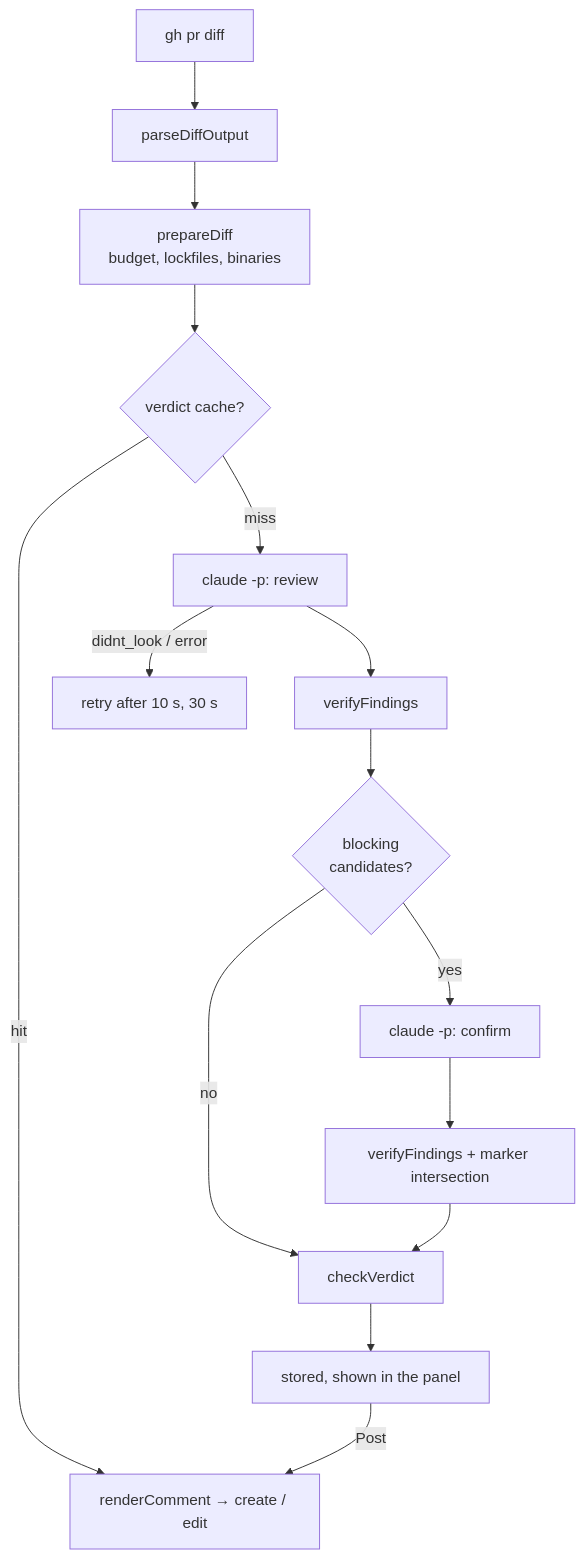
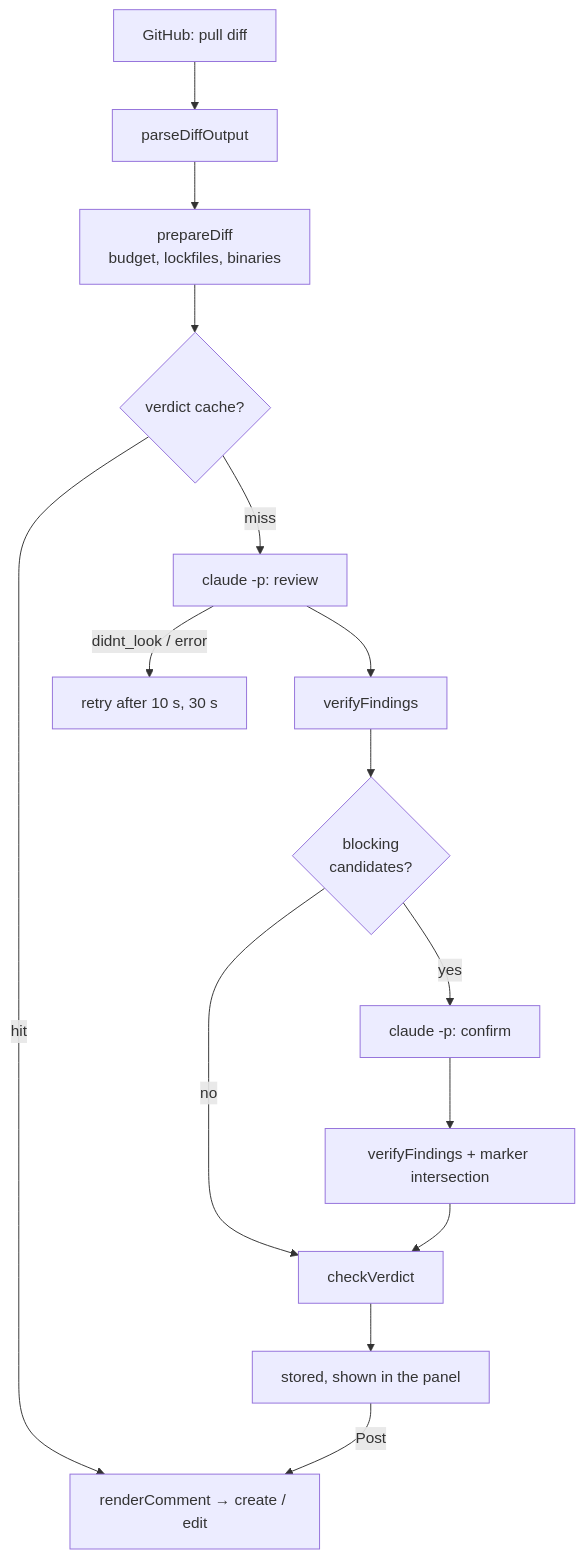
Before and after one commit to sviniabanditka/agentic-pr-reviewer: the diagram in docs/review-pipeline.md, drawn with Mermaid. The commit also changed other lines of this file and 47 other files, not shown here.

````diff
--- a/docs/review-pipeline.md
+++ b/docs/review-pipeline.md
@@ -5,17 +5,17 @@
 ```mermaid
 flowchart TD
-    A[gh pr diff] --> B[parseDiffOutput]
+    A[GitHub: pull diff] --> B[parseDiffOutput]
     B --> C[prepareDiff<br/>budget, lockfiles, binaries]
     C --> K{verdict cache?}
     K -->|hit| R
     K -->|miss| D[claude -p: review]
     D -->|didnt_look / error| D2[retry after 10 s, 30 s]
     D --> E[verifyFindings]
     E --> F{blocking<br/>candidates?}
     F -->|no| V[checkVerdict]
     F -->|yes| G[claude -p: confirm]
     G --> H[verifyFindings + marker intersection]
     H --> V
     V --> P[stored, shown in the panel]
     P -->|Post| R[renderComment → create / edit]
 ```
````
